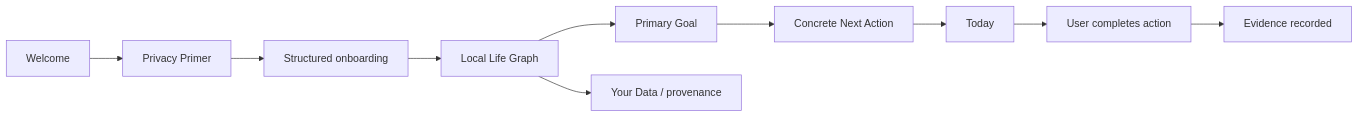
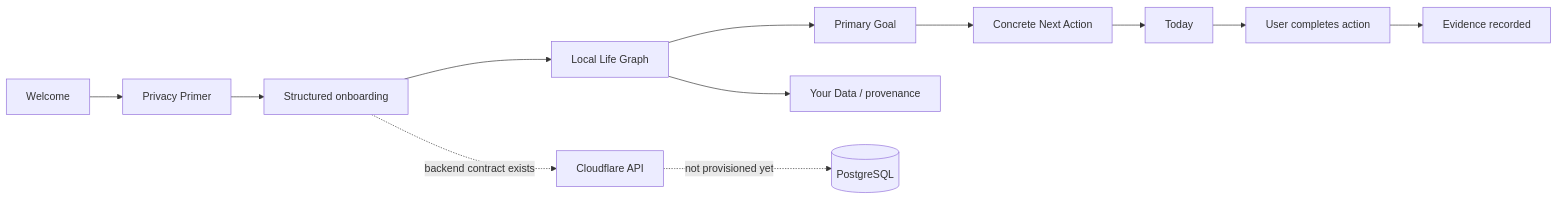
Before and after one commit to seq23/aplayer-mode: the first of 3 diagrams in docs/13-IMPLEMENTATION-STATUS.md, drawn with Mermaid. The commit also changed other lines of this file, not shown here.

Commit message:
docs: record API and Postgres foundation progress

````diff
--- a/docs/13-IMPLEMENTATION-STATUS.md
+++ b/docs/13-IMPLEMENTATION-STATUS.md
@@ -10,12 +10,15 @@
 ```mermaid
 flowchart LR
   W[Welcome] --> P[Privacy Primer]
   P --> O[Structured onboarding]
   O --> LG[Local Life Graph]
   LG --> G[Primary Goal]
   G --> A[Concrete Next Action]
   A --> T[Today]
   T --> C[User completes action]
   C --> E[Evidence recorded]
   LG --> Y[Your Data / provenance]
+
+  O -. backend contract exists .-> API[Cloudflare API]
+  API -. not provisioned yet .-> DB[(PostgreSQL)]
 ```
````
